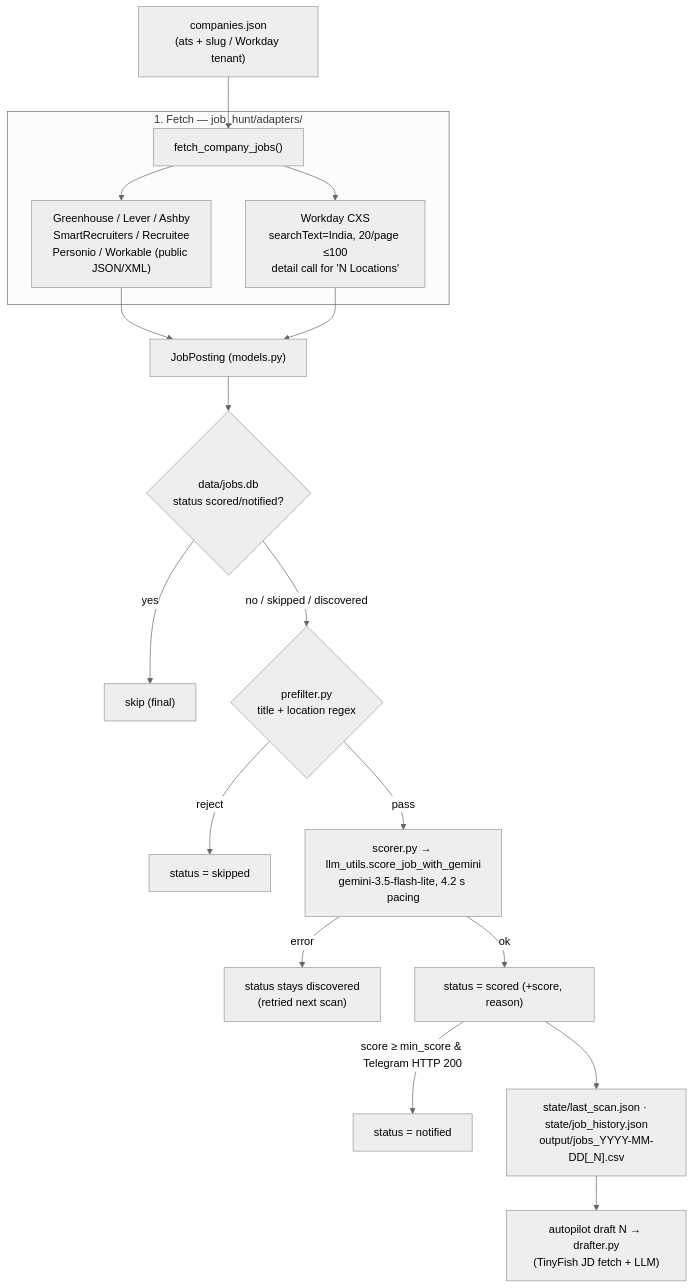
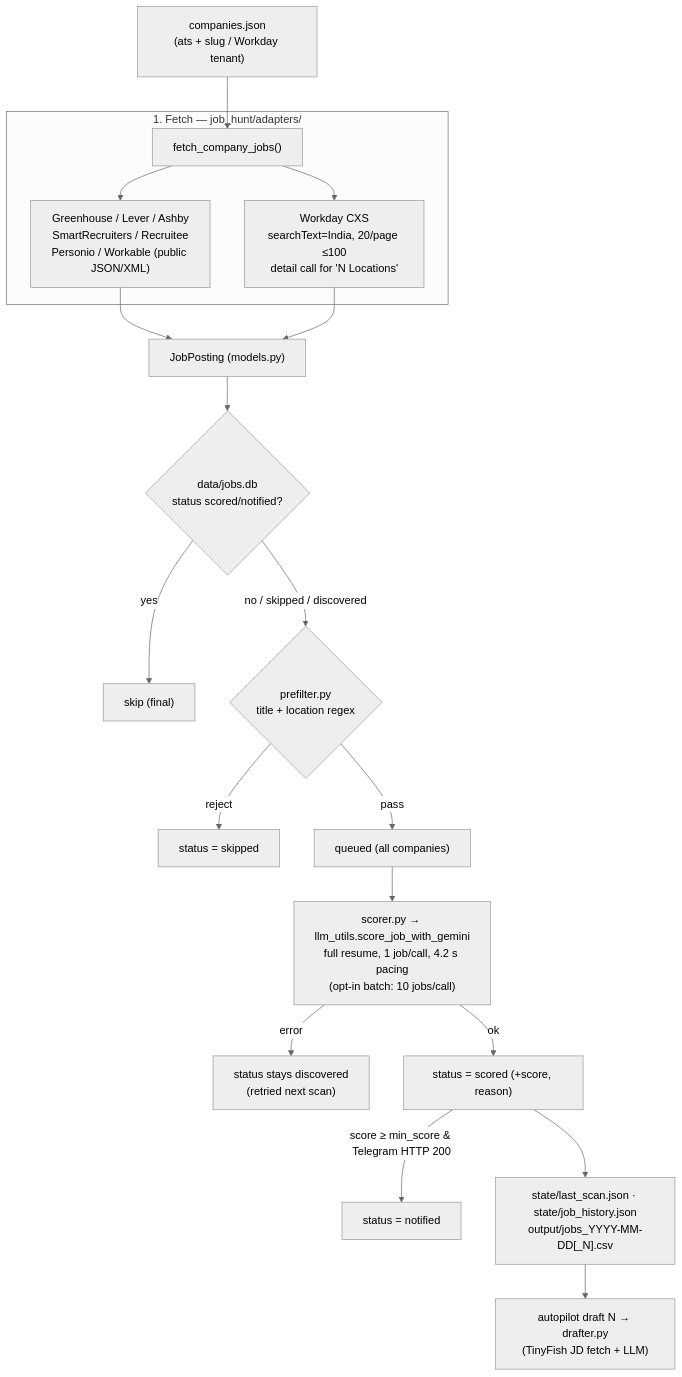
Before and after one commit to Manish814142/rolesight: the diagram in ARCHITECTURE.md, drawn with Mermaid (neutral theme). The commit also changed other lines of this file and 16 other files, not shown here.

First line of the commit message:
feat: verified company discovery, India location fixes, full-resume scoring

````diff
--- a/ARCHITECTURE.md
+++ b/ARCHITECTURE.md
@@ -16,20 +16,21 @@
 ```mermaid
 flowchart TD
     COMP["companies.json<br/>(ats + slug / Workday tenant)"] --> ADAPT
     subgraph Fetch ["1. Fetch — job_hunt/adapters/"]
         ADAPT["fetch_company_jobs()"] --> GH["Greenhouse / Lever / Ashby<br/>SmartRecruiters / Recruitee<br/>Personio / Workable (public JSON/XML)"]
         ADAPT --> WD["Workday CXS<br/>searchText=India, 20/page ≤100<br/>detail call for 'N Locations'"]
     end
     GH --> JP["JobPosting (models.py)"]
     WD --> JP
     JP --> DEDUP{"data/jobs.db<br/>status scored/notified?"}
     DEDUP -- yes --> SKIPF["skip (final)"]
     DEDUP -- "no / skipped / discovered" --> PF{"prefilter.py<br/>title + location regex"}
     PF -- reject --> SKIPPED["status = skipped"]
-    PF -- pass --> SCORE["scorer.py → llm_utils.score_job_with_gemini<br/>gemini-3.5-flash-lite, 4.2 s pacing"]
+    PF -- pass --> QUEUE["queued (all companies)"]
+    QUEUE --> SCORE["scorer.py → llm_utils.score_job_with_gemini<br/>full resume, 1 job/call, 4.2 s pacing<br/>(opt-in batch: 10 jobs/call)"]
     SCORE -- error --> DISC["status stays discovered<br/>(retried next scan)"]
     SCORE -- ok --> SCORED["status = scored (+score, reason)"]
     SCORED -- "score ≥ min_score & Telegram HTTP 200" --> NOTIFIED["status = notified"]
     SCORED --> OUT["state/last_scan.json · state/job_history.json<br/>output/jobs_YYYY-MM-DD[_N].csv"]
     OUT --> DRAFT["autopilot draft N → drafter.py<br/>(TinyFish JD fetch + LLM)"]
 ```
````
